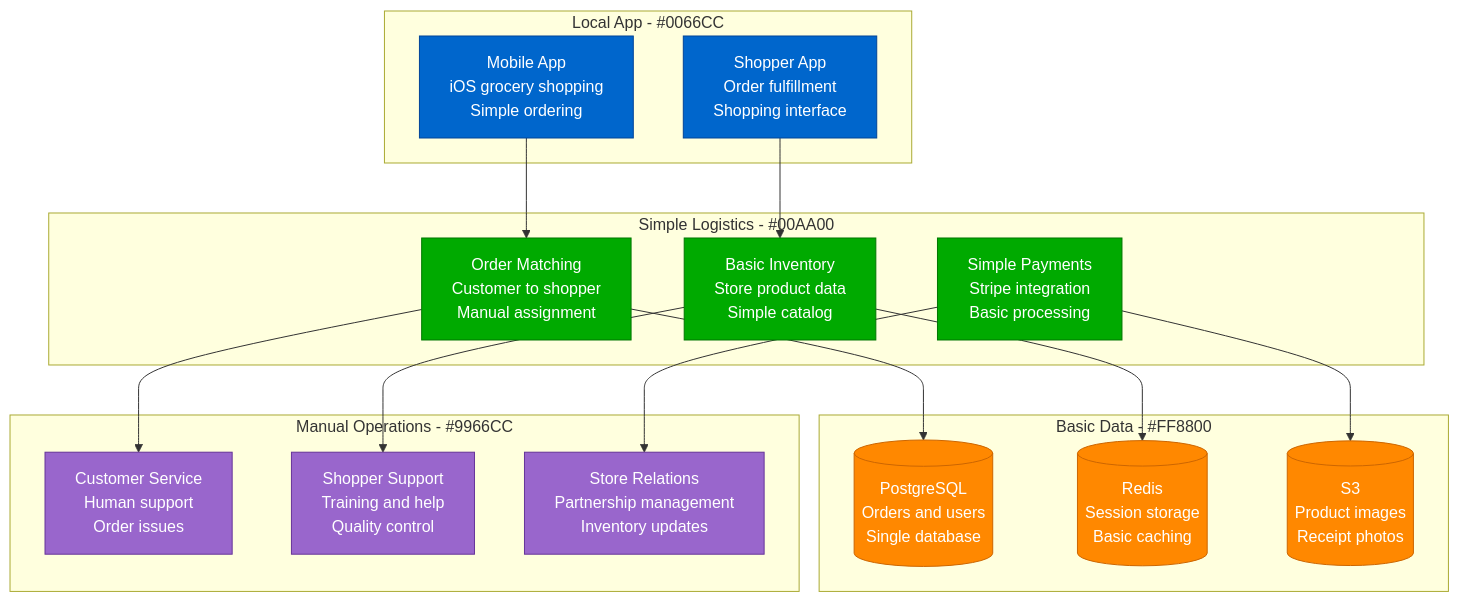
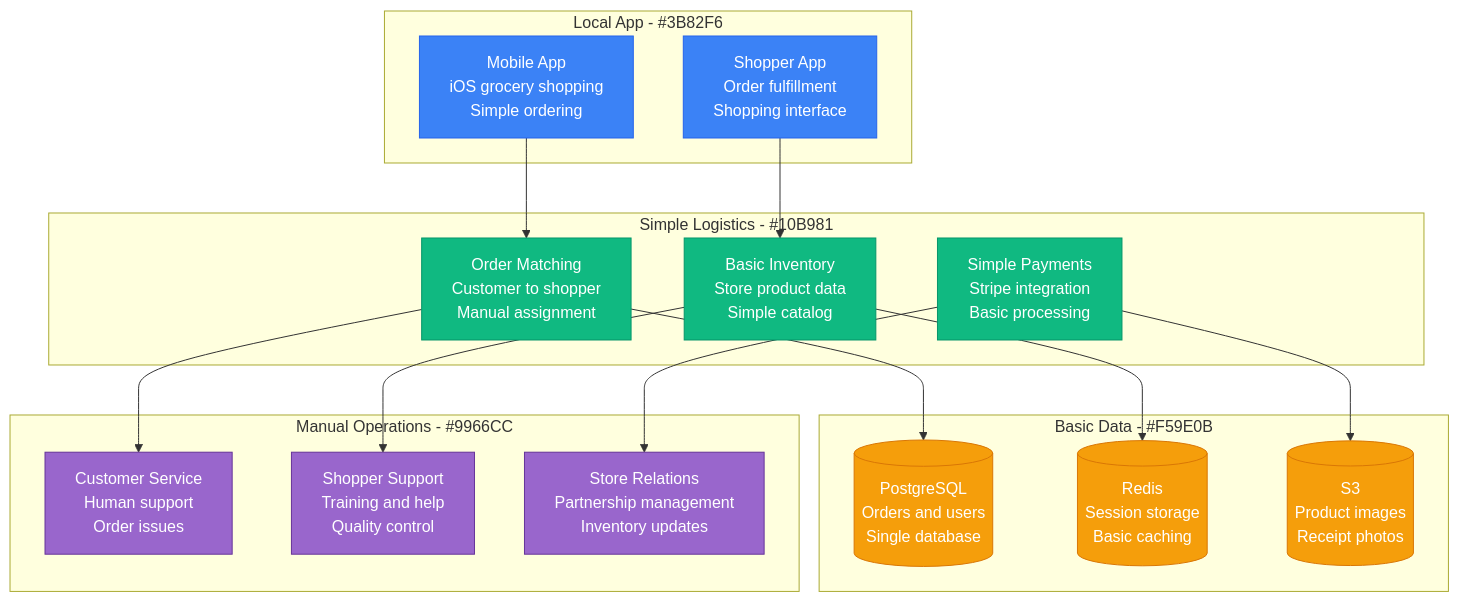
The first of 3 diagrams in site/docs/scaling/instacart-scale-evolution.md (deepaucksharma/DS), drawn with Mermaid before and after one commit. The commit also changed other lines of this file and 187 other files, not shown here.

````diff
--- a/site/docs/scaling/instacart-scale-evolution.md
+++ b/site/docs/scaling/instacart-scale-evolution.md
@@ -18,45 +18,45 @@
 ```mermaid
 graph TB
-    subgraph LocalApp[Local App - #0066CC]
+    subgraph LocalApp[Local App - #3B82F6]
         MOBILE_APP[Mobile App<br/>iOS grocery shopping<br/>Simple ordering]
         SHOPPER_APP[Shopper App<br/>Order fulfillment<br/>Shopping interface]
     end
 
-    subgraph SimpleLogistics[Simple Logistics - #00AA00]
+    subgraph SimpleLogistics[Simple Logistics - #10B981]
         ORDER_MATCHING[Order Matching<br/>Customer to shopper<br/>Manual assignment]
         INVENTORY_BASIC[Basic Inventory<br/>Store product data<br/>Simple catalog]
         PAYMENT_SIMPLE[Simple Payments<br/>Stripe integration<br/>Basic processing]
     end
 
-    subgraph BasicData[Basic Data - #FF8800]
+    subgraph BasicData[Basic Data - #F59E0B]
         POSTGRES[(PostgreSQL<br/>Orders and users<br/>Single database)]
         REDIS[(Redis<br/>Session storage<br/>Basic caching)]
         S3[(S3<br/>Product images<br/>Receipt photos)]
     end
 
     subgraph ManualOps[Manual Operations - #9966CC]
         CUSTOMER_SERVICE[Customer Service<br/>Human support<br/>Order issues]
         SHOPPER_SUPPORT[Shopper Support<br/>Training and help<br/>Quality control]
         STORE_RELATIONS[Store Relations<br/>Partnership management<br/>Inventory updates]
     end
 
     MOBILE_APP --> ORDER_MATCHING
     SHOPPER_APP --> INVENTORY_BASIC
     ORDER_MATCHING --> POSTGRES
     INVENTORY_BASIC --> REDIS
     PAYMENT_SIMPLE --> S3
 
     ORDER_MATCHING --> CUSTOMER_SERVICE
     INVENTORY_BASIC --> SHOPPER_SUPPORT
     PAYMENT_SIMPLE --> STORE_RELATIONS
 
-    classDef appStyle fill:#0066CC,stroke:#004499,color:#fff
-    classDef logisticsStyle fill:#00AA00,stroke:#007700,color:#fff
-    classDef dataStyle fill:#FF8800,stroke:#CC6600,color:#fff
+    classDef appStyle fill:#3B82F6,stroke:#2563EB,color:#fff
+    classDef logisticsStyle fill:#10B981,stroke:#059669,color:#fff
+    classDef dataStyle fill:#F59E0B,stroke:#D97706,color:#fff
     classDef opsStyle fill:#9966CC,stroke:#663399,color:#fff
 
     class MOBILE_APP,SHOPPER_APP appStyle
     class ORDER_MATCHING,INVENTORY_BASIC,PAYMENT_SIMPLE logisticsStyle
     class POSTGRES,REDIS,S3 dataStyle
     class CUSTOMER_SERVICE,SHOPPER_SUPPORT,STORE_RELATIONS opsStyle
 ```
````
